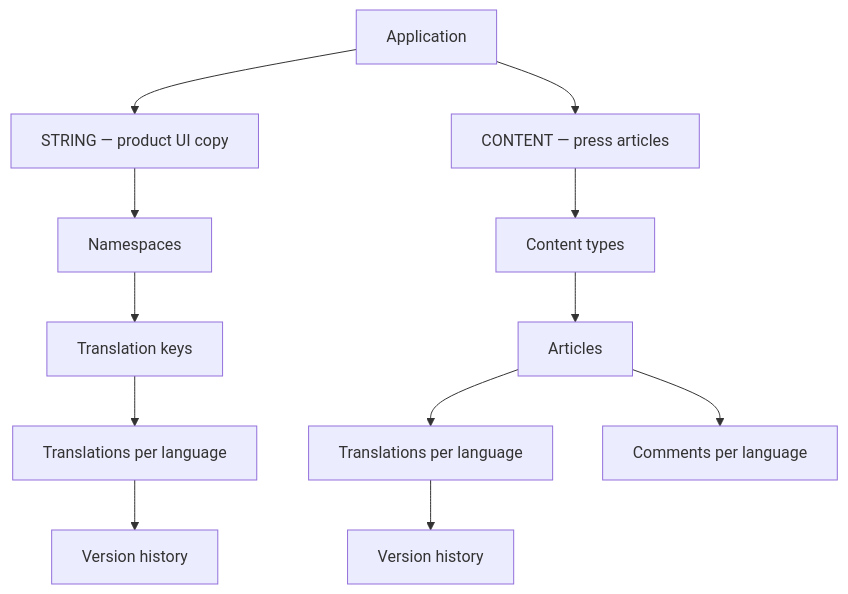
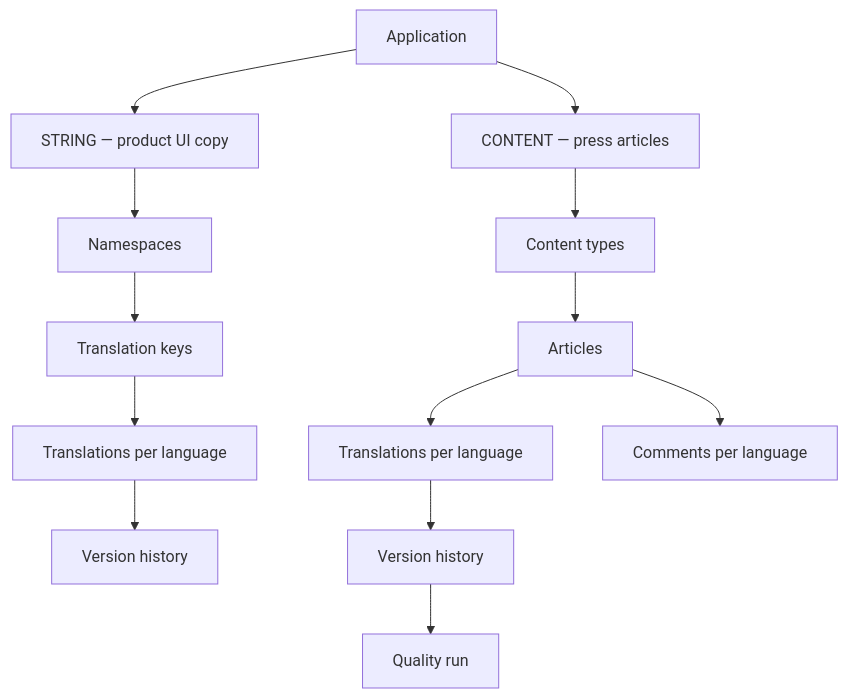
Before and after one commit to alanwongsh/mrdiy-lingo: the second of 9 diagrams in docs/technical-documentation.md, drawn with Mermaid. The commit also changed other lines of this file and 12 other files, not shown here.

````diff
--- a/docs/technical-documentation.md
+++ b/docs/technical-documentation.md
@@ -79,15 +86,16 @@
 ```mermaid
 flowchart TB
   App[Application]
   App --> String[STRING — product UI copy]
   App --> Content[CONTENT — press articles]
   String --> NS[Namespaces]
   NS --> Keys[Translation keys]
   Keys --> Tr[Translations per language]
   Tr --> TV[Version history]
   Content --> Types[Content types]
   Types --> Article[Articles]
   Article --> CT[Translations per language]
   CT --> CV[Version history]
+  CV --> QR[Quality run]
   Article --> Comments[Comments per language]
 ```
````
